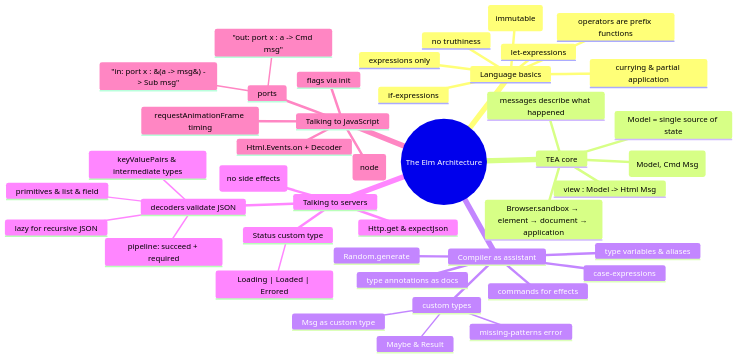
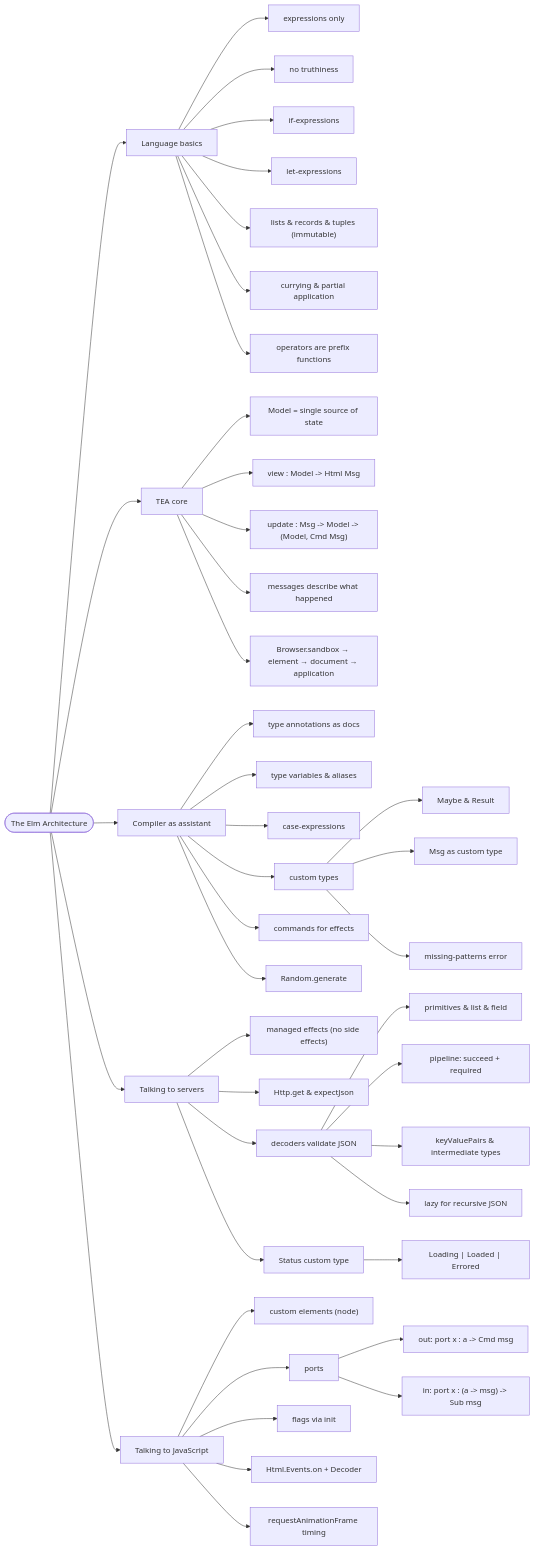
The diagram in docs/knowledge/elm-architecture/index.md (42WASD/42wasd-community-web), drawn with Mermaid before and after one commit. The commit also changed 13 other files, not shown here.

First line of the commit message:
Convert knowledge mindmaps to flowchart LR diagrams

````diff
--- a/docs/knowledge/elm-architecture/index.md
+++ b/docs/knowledge/elm-architecture/index.md
@@ -11,46 +11,88 @@
 ```mermaid
-mindmap
-  root((The Elm Architecture))
-    Language basics
-      expressions only
-      no truthiness
-      if-expressions
-      let-expressions
-      lists & records & tuples (immutable)
-      currying & partial application
-      operators are prefix functions
-    TEA core
-      Model = single source of state
-      view : Model -> Html Msg
-      update : Msg -> Model -> (Model, Cmd Msg)
-      messages describe what happened
-      Browser.sandbox → element → document → application
-    Compiler as assistant
-      type annotations as docs
-      type variables & aliases
-      case-expressions
-      custom types
-        Maybe & Result
-        Msg as custom type
-        missing-patterns error
-      commands for effects
-      Random.generate
-    Talking to servers
-      managed effects (no side effects)
-      Http.get & expectJson
-      decoders validate JSON
-        primitives & list & field
-        pipeline: succeed + required
-        keyValuePairs & intermediate types
-        lazy for recursive JSON
-      Status custom type
-        Loading | Loaded | Errored
-    Talking to JavaScript
-      custom elements (node)
-      ports
-        "out: port x : a -> Cmd msg"
-        "in: port x : &#40;a -> msg&#41; -> Sub msg"
-      flags via init
-      Html.Events.on + Decoder
-      requestAnimationFrame timing
+flowchart LR
+    n1(["The Elm Architecture"])
+    n2["Language basics"]
+    n3["expressions only"]
+    n4["no truthiness"]
+    n5["if-expressions"]
+    n6["let-expressions"]
+    n7["lists &amp; records &amp; tuples (immutable)"]
+    n8["currying &amp; partial application"]
+    n9["operators are prefix functions"]
+    n10["TEA core"]
+    n11["Model = single source of state"]
+    n12["view : Model -&gt; Html Msg"]
+    n13["update : Msg -&gt; Model -&gt; (Model, Cmd Msg)"]
+    n14["messages describe what happened"]
+    n15["Browser.sandbox → element → document → application"]
+    n16["Compiler as assistant"]
+    n17["type annotations as docs"]
+    n18["type variables &amp; aliases"]
+    n19["case-expressions"]
+    n20["custom types"]
+    n21["Maybe &amp; Result"]
+    n22["Msg as custom type"]
+    n23["missing-patterns error"]
+    n24["commands for effects"]
+    n25["Random.generate"]
+    n26["Talking to servers"]
+    n27["managed effects (no side effects)"]
+    n28["Http.get &amp; expectJson"]
+    n29["decoders validate JSON"]
+    n30["primitives &amp; list &amp; field"]
+    n31["pipeline: succeed + required"]
+    n32["keyValuePairs &amp; intermediate types"]
+    n33["lazy for recursive JSON"]
+    n34["Status custom type"]
+    n35["Loading | Loaded | Errored"]
+    n36["Talking to JavaScript"]
+    n37["custom elements (node)"]
+    n38["ports"]
+    n39["out: port x : a -&gt; Cmd msg"]
+    n40["in: port x : (a -&gt; msg) -&gt; Sub msg"]
+    n41["flags via init"]
+    n42["Html.Events.on + Decoder"]
+    n43["requestAnimationFrame timing"]
+    n1 --> n2
+    n2 --> n3
+    n2 --> n4
+    n2 --> n5
+    n2 --> n6
+    n2 --> n7
+    n2 --> n8
+    n2 --> n9
+    n1 --> n10
+    n10 --> n11
+    n10 --> n12
+    n10 --> n13
+    n10 --> n14
+    n10 --> n15
+    n1 --> n16
+    n16 --> n17
+    n16 --> n18
+    n16 --> n19
+    n16 --> n20
+    n20 --> n21
+    n20 --> n22
+    n20 --> n23
+    n16 --> n24
+    n16 --> n25
+    n1 --> n26
+    n26 --> n27
+    n26 --> n28
+    n26 --> n29
+    n29 --> n30
+    n29 --> n31
+    n29 --> n32
+    n29 --> n33
+    n26 --> n34
+    n34 --> n35
+    n1 --> n36
+    n36 --> n37
+    n36 --> n38
+    n38 --> n39
+    n38 --> n40
+    n36 --> n41
+    n36 --> n42
+    n36 --> n43
 ```
````
